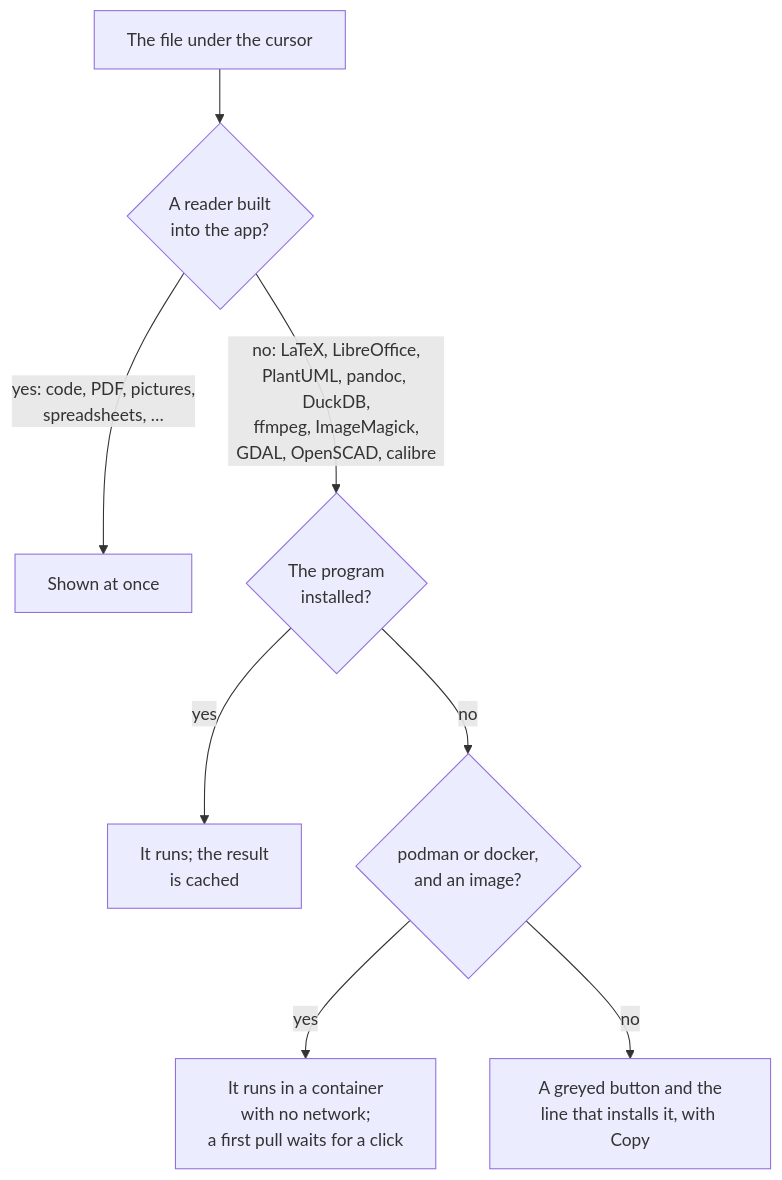
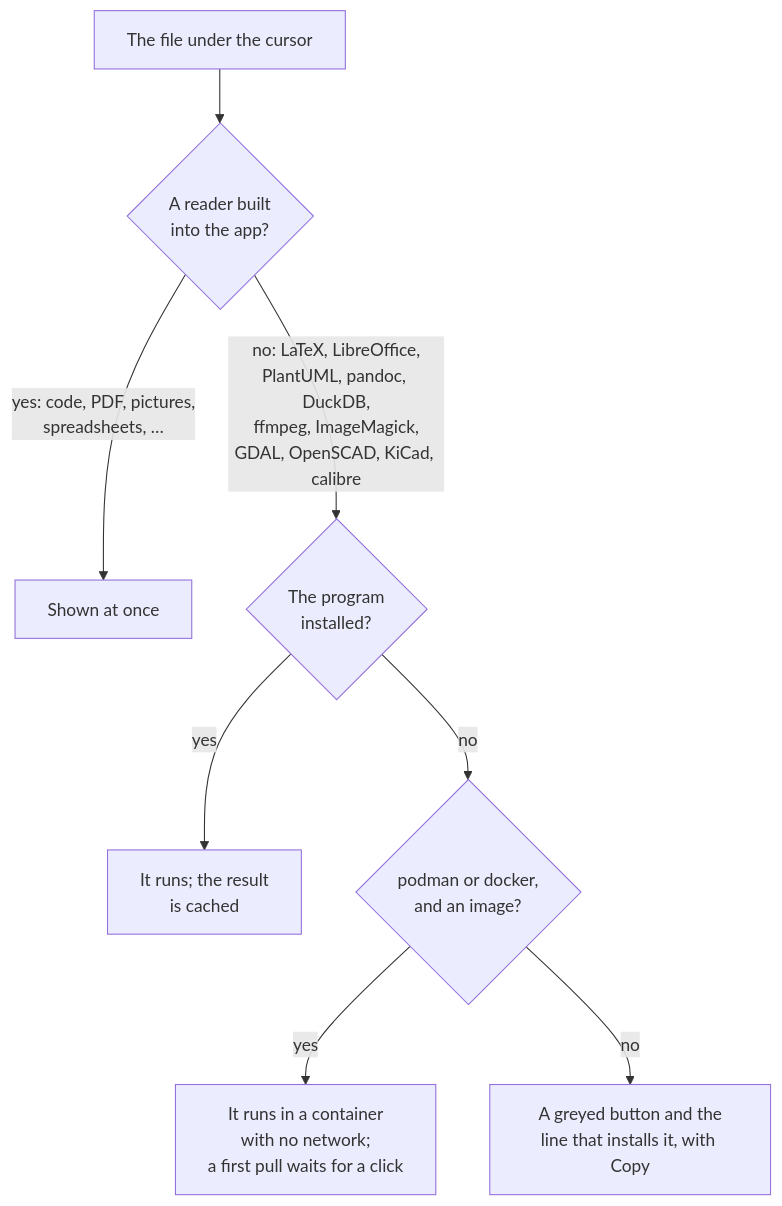
The diagram in docs/previews/README.md (mwo-dk/coxswain), drawn with Mermaid before and after one commit. The commit also changed other lines of this file and 68 other files, not shown here.

Commit message:
KiCad: schematics sheet by sheet and boards layer by layer in the preview, a board in 3D as its thumbnail, and Export from KiCad to PDF, SVG, a bill of materials or Gerbers, by kicad-cli installed or in KiCad's pinned image

````diff
--- a/docs/previews/README.md
+++ b/docs/previews/README.md
@@ -24,10 +24,10 @@
 ```mermaid
 flowchart TD
   file[The file under the cursor] --> own{A reader built<br/>into the app?}
   own -->|yes: code, PDF, pictures,<br/>spreadsheets, …| shown[Shown at once]
-  own -->|no: LaTeX, LibreOffice,<br/>PlantUML, pandoc, DuckDB,<br/>ffmpeg, ImageMagick,<br/>GDAL, OpenSCAD, calibre| tool{The program<br/>installed?}
+  own -->|no: LaTeX, LibreOffice,<br/>PlantUML, pandoc, DuckDB,<br/>ffmpeg, ImageMagick,<br/>GDAL, OpenSCAD, KiCad, calibre| tool{The program<br/>installed?}
   tool -->|yes| run[It runs; the result<br/>is cached]
   tool -->|no| box{podman or docker,<br/>and an image?}
   box -->|yes| cont[It runs in a container<br/>with no network;<br/>a first pull waits for a click]
   box -->|no| none[A greyed button and the<br/>line that installs it, with Copy]
 ```
````
